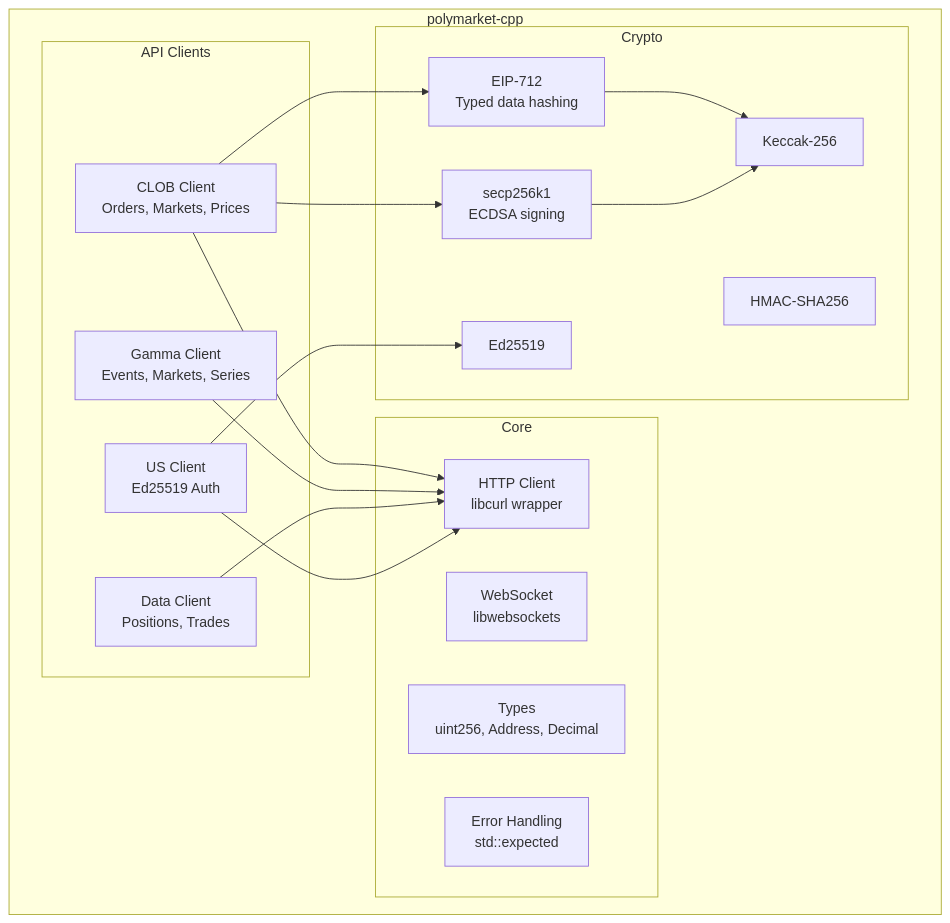
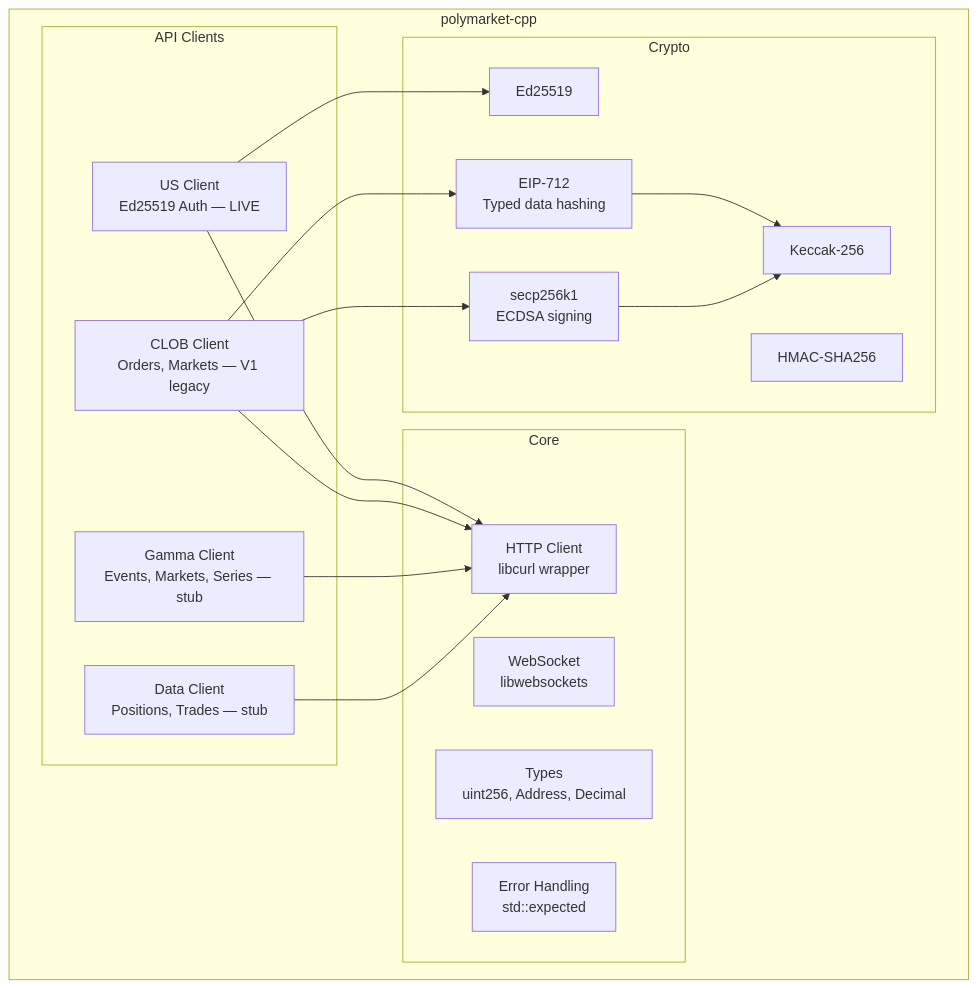
One commit to Reddimus/polymarket-cpp changed the first of 3 diagrams in README.md. Above: the diagram before and after it, drawn with Mermaid. The commit also changed other lines of this file, not shown here.

````diff
--- a/README.md
+++ b/README.md
@@ -32,37 +48,37 @@
 ```mermaid
 graph TB
     subgraph "polymarket-cpp"
         subgraph "API Clients"
-            CLOB[CLOB Client<br/>Orders, Markets, Prices]
-            Gamma[Gamma Client<br/>Events, Markets, Series]
-            Data[Data Client<br/>Positions, Trades]
-            US[US Client<br/>Ed25519 Auth]
+            US[US Client<br/>Ed25519 Auth — LIVE]
+            CLOB[CLOB Client<br/>Orders, Markets — V1 legacy]
+            Gamma[Gamma Client<br/>Events, Markets, Series — stub]
+            Data[Data Client<br/>Positions, Trades — stub]
         end
-        
+
         subgraph "Core"
             HTTP[HTTP Client<br/>libcurl wrapper]
             WS[WebSocket<br/>libwebsockets]
             Types[Types<br/>uint256, Address, Decimal]
             Error[Error Handling<br/>std::expected]
         end
-        
+
         subgraph "Crypto"
             Keccak[Keccak-256]
             ECDSA[secp256k1<br/>ECDSA signing]
             EIP712[EIP-712<br/>Typed data hashing]
             HMAC[HMAC-SHA256]
             Ed25519[Ed25519]
         end
     end
-    
+
+    US --> HTTP
+    US --> Ed25519
     CLOB --> HTTP
     CLOB --> EIP712
     CLOB --> ECDSA
     Gamma --> HTTP
     Data --> HTTP
-    US --> HTTP
-    US --> Ed25519
-    
+
     EIP712 --> Keccak
     ECDSA --> Keccak
 ```
````
